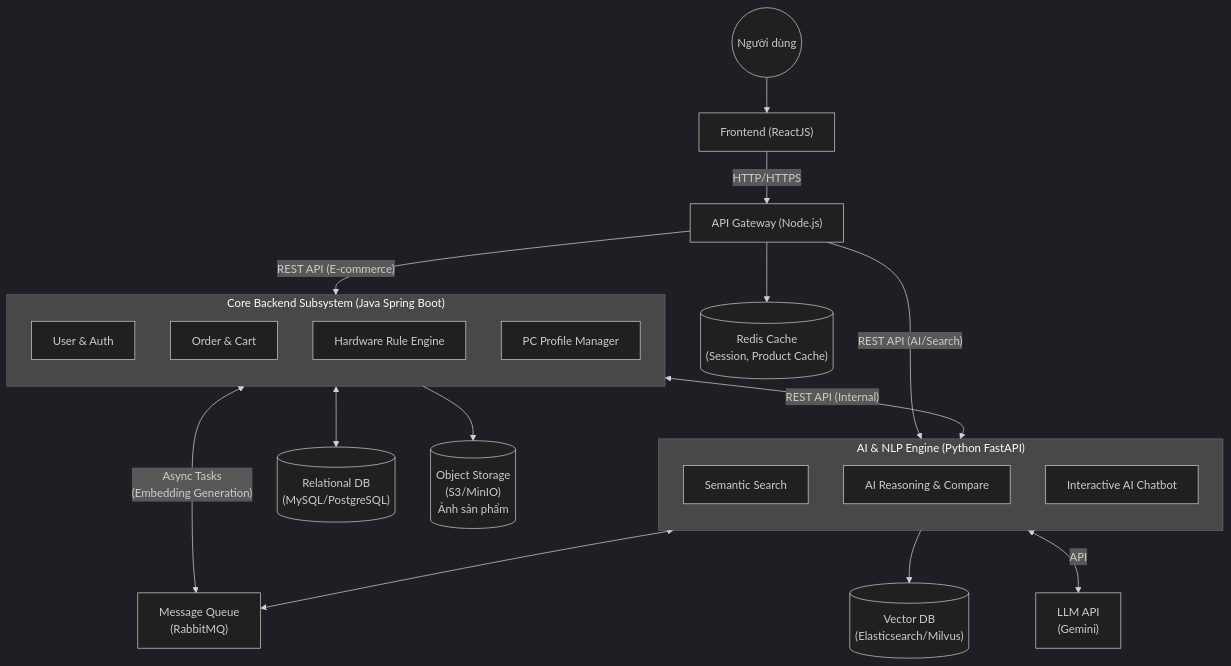
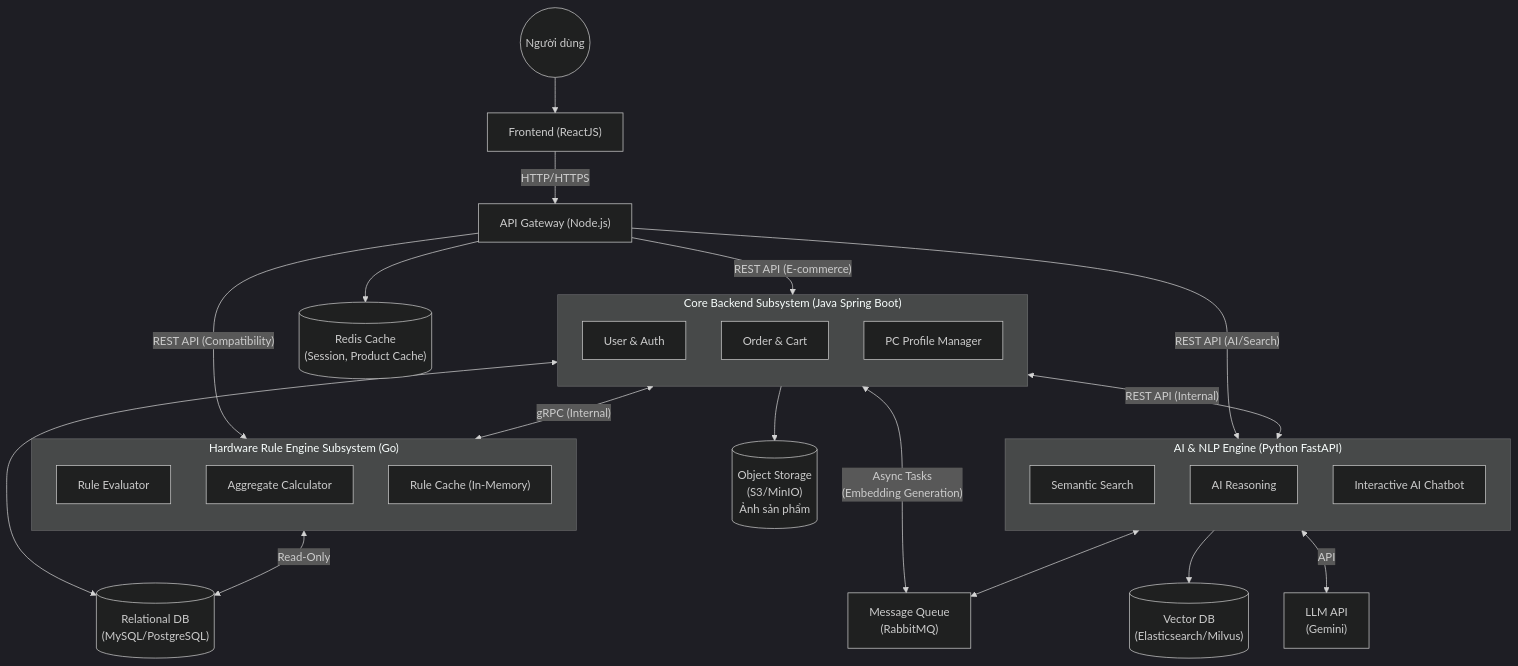
The second of 6 diagrams in prj1.md (bankientapcode-1410/project1), drawn with Mermaid (dark theme) before and after one commit. The commit also changed other lines of this file, not shown here.

````diff
--- a/prj1.md
+++ b/prj1.md
@@ -58,33 +56,42 @@
 ```mermaid
 flowchart TD
     User((Người dùng)) --> Client["Frontend (ReactJS)"]
     Client -->|"HTTP/HTTPS"| API_Gateway["API Gateway (Node.js)"]
     
     API_Gateway --> Cache[("Redis Cache\n(Session, Product Cache)")]
     
     subgraph Core_Backend ["Core Backend Subsystem (Java Spring Boot)"]
         direction TB
         User_Service["User & Auth"]
         Order_Cart["Order & Cart"]
-        Rule_Engine["Hardware Rule Engine"]
         PC_Profile_Manager["PC Profile Manager"]
+    end
+    
+    subgraph Rule_Engine_Service ["Hardware Rule Engine Subsystem (Go)"]
+        direction TB
+        Rule_Evaluator["Rule Evaluator"]
+        Aggregate_Calculator["Aggregate Calculator"]
+        Rule_Cache["Rule Cache (In-Memory)"]
     end
     
     subgraph AI_Engine ["AI & NLP Engine (Python FastAPI)"]
         direction TB
         Semantic_Search["Semantic Search"]
-        AI_Compare["AI Reasoning & Compare"]
+        AI_Reasoning["AI Reasoning"]
         AI_Chatbot["Interactive AI Chatbot"]
     end
     
     API_Gateway -->|"REST API (E-commerce)"| Core_Backend
+    API_Gateway -->|"REST API (Compatibility)"| Rule_Engine_Service
     API_Gateway -->|"REST API (AI/Search)"| AI_Engine
+    Core_Backend <-->|"gRPC (Internal)"| Rule_Engine_Service
     Core_Backend <-->|"REST API (Internal)"| AI_Engine
     Core_Backend <-->|"Async Tasks\n(Embedding Generation)"| MQ["Message Queue\n(RabbitMQ)"]
     AI_Engine <--> MQ
     
     Core_Backend <--> RDBMS[("Relational DB\n(MySQL/PostgreSQL)")]
+    Rule_Engine_Service <-->|"Read-Only"| RDBMS
     AI_Engine --> VectorDB[("Vector DB\n(Elasticsearch/Milvus)")]
     AI_Engine <-->|"API"| LLM["LLM API\n(Gemini)"]
     Core_Backend --> ObjectStorage[("Object Storage\n(S3/MinIO)\nẢnh sản phẩm")]
 ```
````
